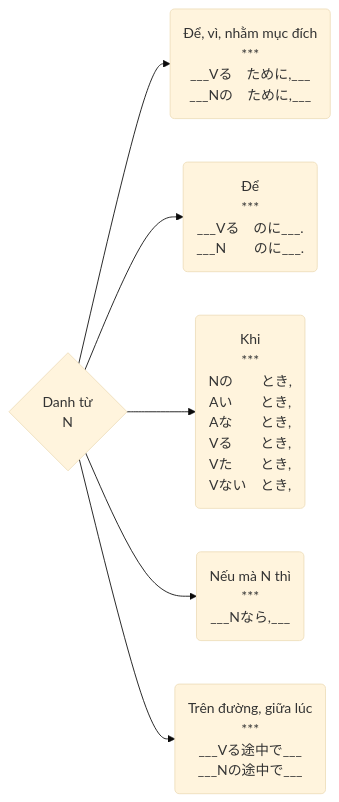
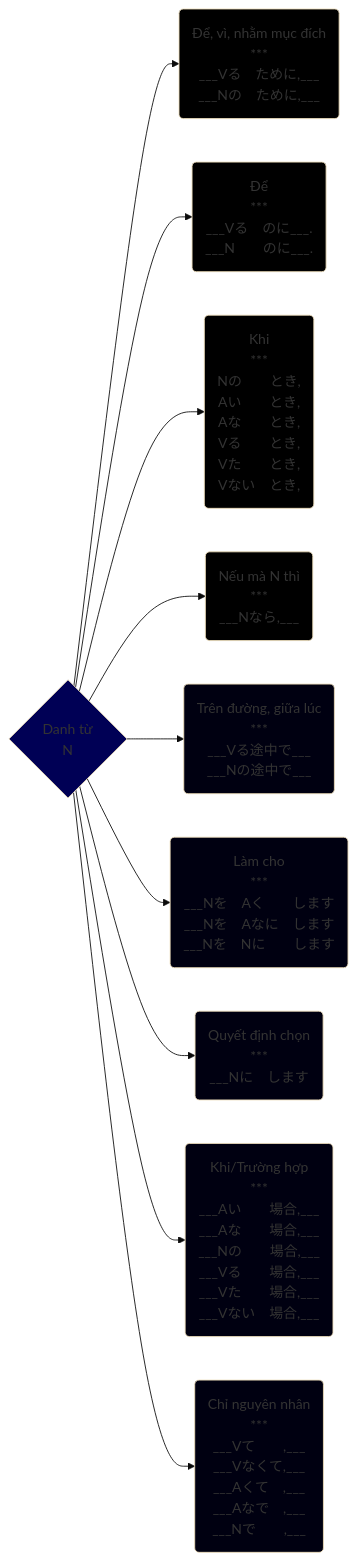
Before and after one commit to tea1504/learn: the diagram in Danh_Tu.md, drawn with Mermaid (base theme). The commit also changed 18 other files, not shown here.

````diff
--- a/Danh_Tu.md
+++ b/Danh_Tu.md
@@ -1,10 +1,25 @@
 ```mermaid
 graph LR;
     N{Danh từ\nN}
 
     N-->nhamMucDich(Để, vì, nhằm mục đích\n***\n___Vる　ために,___\n___Nの　ために,___)
     N-->de(Để\n***\n___Vる　のに___.\n___N　　のに___.)
     N-->khi(Khi\n***\nNの　　とき,\nAい　　とき,\nAな　　とき,\nVる　　とき,\nVた　　とき,\nVない　とき,)
     N-->neuMaNThi(Nếu mà N thì\n***\n___Nなら,___)
     N-->trenDuongGiuaLuc(Trên đường, giữa lúc\n***\n___Vる途中で___\n___Nの途中で___)
+    N-->lamCho(Làm cho\n***\n___Nを　Aく　　します\n___Nを　Aなに　します\n___Nを　Nに　　します)
+    N-->quyetDinhChon(Quyết định chọn\n***\n___Nに　します)
+    N-->truongHop(Khi/Trường hợp\n***\n___Aい　　場合,___\n___Aな　　場合,___\n___Nの　　場合,___\n___Vる　　場合,___\n___Vた　　場合,___\n___Vない　場合,___)
+    N-->chiNguyenNhan(Chỉ nguyên nhân\n***\n___Vて　　,___\n___Vなくて,___\n___Aくて　,___\n___Aなで　,___\n___Nで　　,___)
+
+    style N fill:#005
+    style chiNguyenNhan fill:#001
+    style de fill:#000
+    style khi fill:#000
+    style lamCho fill:#001
+    style neuMaNThi fill:#000
+    style nhamMucDich fill:#000
+    style quyetDinhChon fill:#001
+    style trenDuongGiuaLuc fill:#001
+    style truongHop fill:#001
 ```
````
